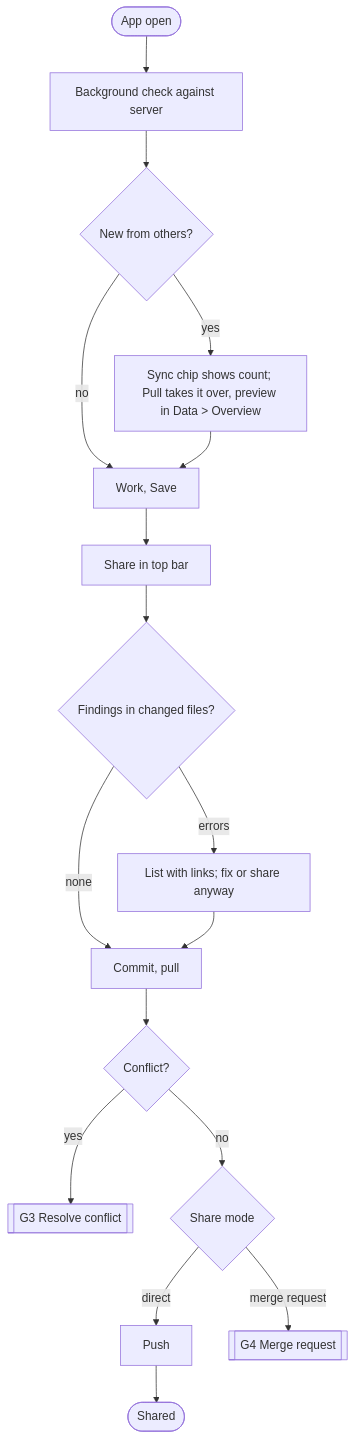
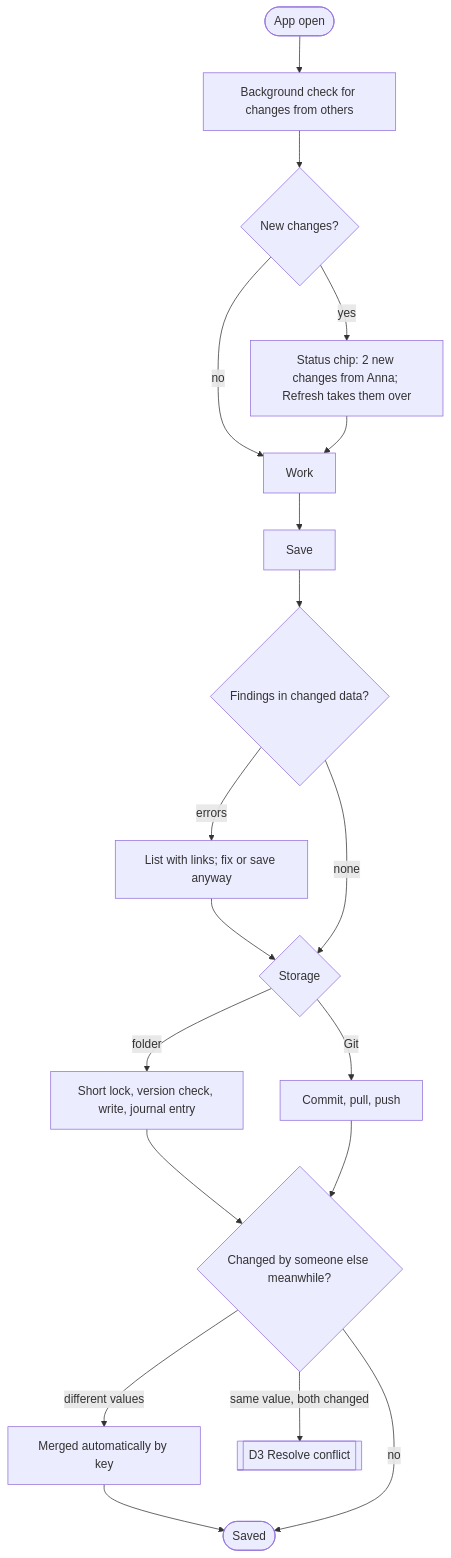
Before and after one commit to swallat/foresprint: the tenth of 15 diagrams in docs/redesign/flows.md, drawn with Mermaid. The commit also changed other lines of this file and 1 other file, not shown here.

First line of the commit message:
Make data flows storage-neutral (shared folder or Git) and define the storage interface

````diff
--- a/docs/redesign/flows.md
+++ b/docs/redesign/flows.md
@@ -289,18 +287,19 @@
 ```mermaid
 flowchart TD
-  O([App open]) --> BG[Background check against server]
-  BG --> N{New from others?}
-  N -- yes --> CH[Sync chip shows count; Pull takes it over, preview in Data > Overview]
+  O([App open]) --> BG[Background check for changes from others]
+  BG --> N{New changes?}
+  N -- yes --> CH[Status chip: 2 new changes from Anna; Refresh takes them over]
   N -- no --> W
-  CH --> W[Work, Save]
-  W --> SH[Share in top bar]
-  SH --> V{Findings in changed files?}
-  V -- errors --> VF[List with links; fix or share anyway]
-  V -- none --> PL[Commit, pull]
-  VF --> PL
-  PL --> K{Conflict?}
-  K -- yes --> G3[[G3 Resolve conflict]]
-  K -- no --> M{Share mode}
-  M -- direct --> PU[Push] --> D([Shared])
-  M -- merge request --> G4[[G4 Merge request]]
+  CH --> W[Work]
+  W --> SV[Save]
+  SV --> V{Findings in changed data?}
+  V -- errors --> VF[List with links; fix or save anyway] --> ST
+  V -- none --> ST{Storage}
+  ST -- folder --> L[Short lock, version check, write, journal entry]
+  ST -- Git --> C[Commit, pull, push]
+  L --> M{Changed by someone else meanwhile?}
+  C --> M
+  M -- different values --> MG[Merged automatically by key] --> D([Saved])
+  M -- same value, both changed --> D3[[D3 Resolve conflict]]
+  M -- no --> D
 ```
````
